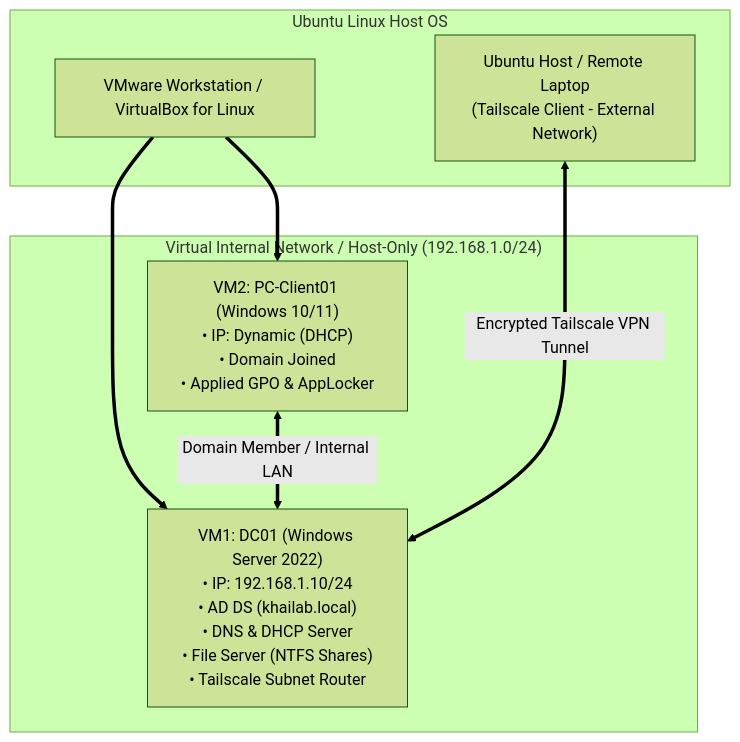
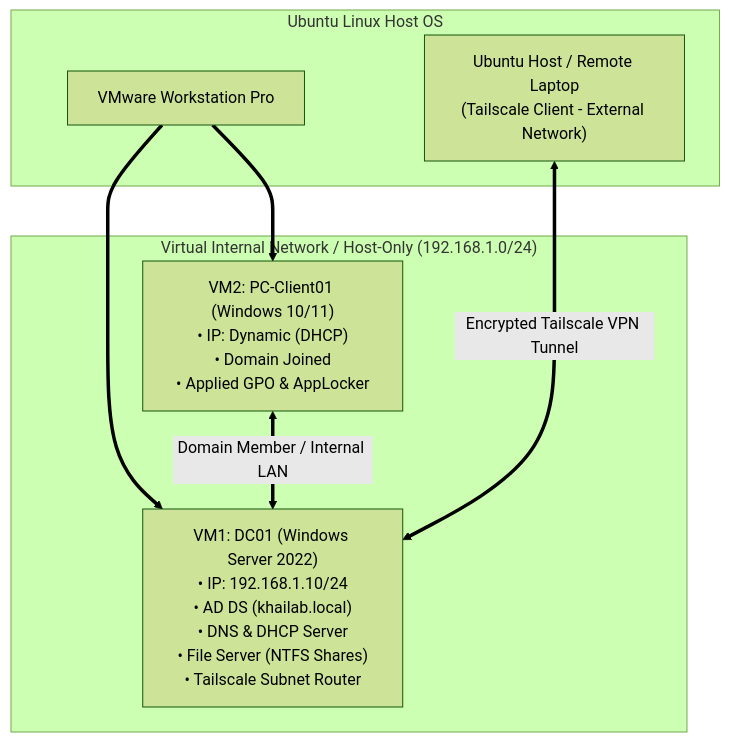
One commit to HoangTranVietKhai11/WINDOWS-SERVER-ACTIVE-DIRECTORY-LAB changed the diagram in README.md. Above: the diagram before and after it, drawn with Mermaid (forest theme). The commit also changed other lines of this file, not shown here.

````diff
--- a/README.md
+++ b/README.md
@@ -42,17 +42,17 @@
 ```mermaid
 graph TD
     subgraph Host_OS [" Ubuntu Linux Host OS "]
-        VMware["VMware Workstation / VirtualBox for Linux"]
+        VMware["VMware Workstation Pro"]
         UbuntuClient["Ubuntu Host / Remote Laptop<br/>(Tailscale Client - External Network)"]
     end
 
     subgraph Internal_LAN [" Virtual Internal Network / Host-Only (192.168.1.0/24) "]
         DC01["VM1: DC01 (Windows Server 2022)<br/>• IP: 192.168.1.10/24<br/>• AD DS (khailab.local)<br/>• DNS & DHCP Server<br/>• File Server (NTFS Shares)<br/>• Tailscale Subnet Router"]
         Client01["VM2: PC-Client01 (Windows 10/11)<br/>• IP: Dynamic (DHCP)<br/>• Domain Joined<br/>• Applied GPO & AppLocker"]
     end
 
     VMware ==> DC01
     VMware ==> Client01
     Client01 <== "Domain Member / Internal LAN" ==> DC01
     UbuntuClient <== "Encrypted Tailscale VPN Tunnel" ==> DC01
 ```
````
